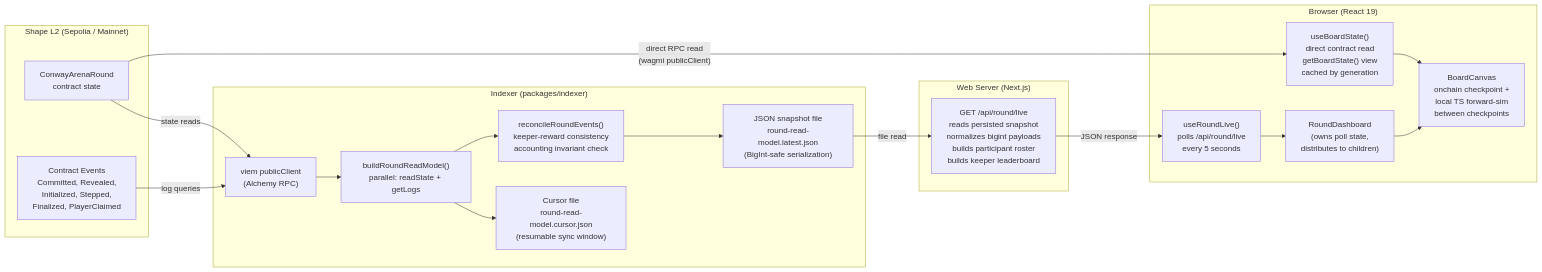
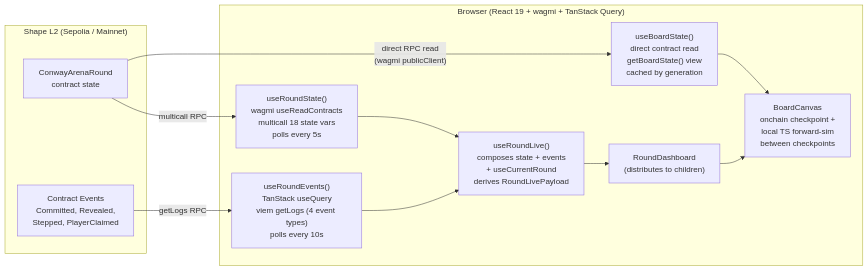
The fourth of 13 diagrams in architecture.md (williamhzo/shape-of-life), drawn with Mermaid before and after one commit. The commit also changed other lines of this file and 2 other files, not shown here.

First line of the commit message:
Update docs for indexer removal and wagmi/React Query reads

````diff
--- a/architecture.md
+++ b/architecture.md
@@ -461,40 +424,25 @@
 ```mermaid
 flowchart LR
     subgraph "Shape L2 (Sepolia / Mainnet)"
         CONTRACT["ConwayArenaRound<br/>contract state"]
-        EVENTS["Contract Events<br/>Committed, Revealed,<br/>Initialized, Stepped,<br/>Finalized, PlayerClaimed"]
+        EVENTS["Contract Events<br/>Committed, Revealed,<br/>Stepped, PlayerClaimed"]
     end
 
-    subgraph "Indexer (packages/indexer)"
-        VIEM_CLIENT["viem publicClient<br/>(Alchemy RPC)"]
-        INGEST["buildRoundReadModel()<br/>parallel: readState + getLogs"]
-        RECONCILE["reconcileRoundEvents()<br/>keeper-reward consistency<br/>accounting invariant check"]
-        STORE["JSON snapshot file<br/>round-read-model.latest.json<br/>(BigInt-safe serialization)"]
-        CURSOR["Cursor file<br/>round-read-model.cursor.json<br/>(resumable sync window)"]
-    end
-
-    subgraph "Web Server (Next.js)"
-        API_LIVE["GET /api/round/live<br/>reads persisted snapshot<br/>normalizes bigint payloads<br/>builds participant roster<br/>builds keeper leaderboard"]
-    end
-
-    subgraph "Browser (React 19)"
-        POLL_HOOK["useRoundLive()<br/>polls /api/round/live<br/>every 5 seconds"]
+    subgraph "Browser (React 19 + wagmi + TanStack Query)"
+        STATE_HOOK["useRoundState()<br/>wagmi useReadContracts<br/>multicall 18 state vars<br/>polls every 5s"]
+        EVENT_HOOK["useRoundEvents()<br/>TanStack useQuery<br/>viem getLogs (4 event types)<br/>polls every 10s"]
+        LIVE_HOOK["useRoundLive()<br/>composes state + events<br/>+ useCurrentRound<br/>derives RoundLivePayload"]
         BOARD_HOOK["useBoardState()<br/>direct contract read<br/>getBoardState() view<br/>cached by generation"]
-        DASHBOARD["RoundDashboard<br/>(owns poll state,<br/>distributes to children)"]
+        DASHBOARD["RoundDashboard<br/>(distributes to children)"]
         CANVAS["BoardCanvas<br/>onchain checkpoint +<br/>local TS forward-sim<br/>between checkpoints"]
     end
 
-    CONTRACT -->|"state reads"| VIEM_CLIENT
-    EVENTS -->|"log queries"| VIEM_CLIENT
-    VIEM_CLIENT --> INGEST
-    INGEST --> RECONCILE
-    RECONCILE --> STORE
-    INGEST --> CURSOR
-
-    STORE -->|"file read"| API_LIVE
-    API_LIVE -->|"JSON response"| POLL_HOOK
-    POLL_HOOK --> DASHBOARD
+    CONTRACT -->|"multicall RPC"| STATE_HOOK
+    EVENTS -->|"getLogs RPC"| EVENT_HOOK
+    STATE_HOOK --> LIVE_HOOK
+    EVENT_HOOK --> LIVE_HOOK
+    LIVE_HOOK --> DASHBOARD
     CONTRACT -->|"direct RPC read<br/>(wagmi publicClient)"| BOARD_HOOK
     BOARD_HOOK --> CANVAS
     DASHBOARD --> CANVAS
 ```
````
